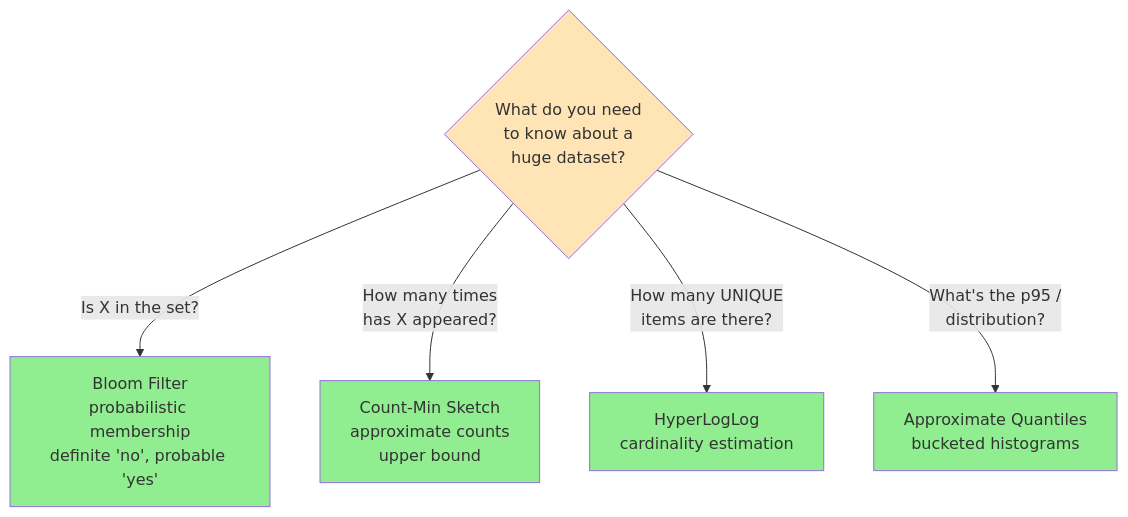
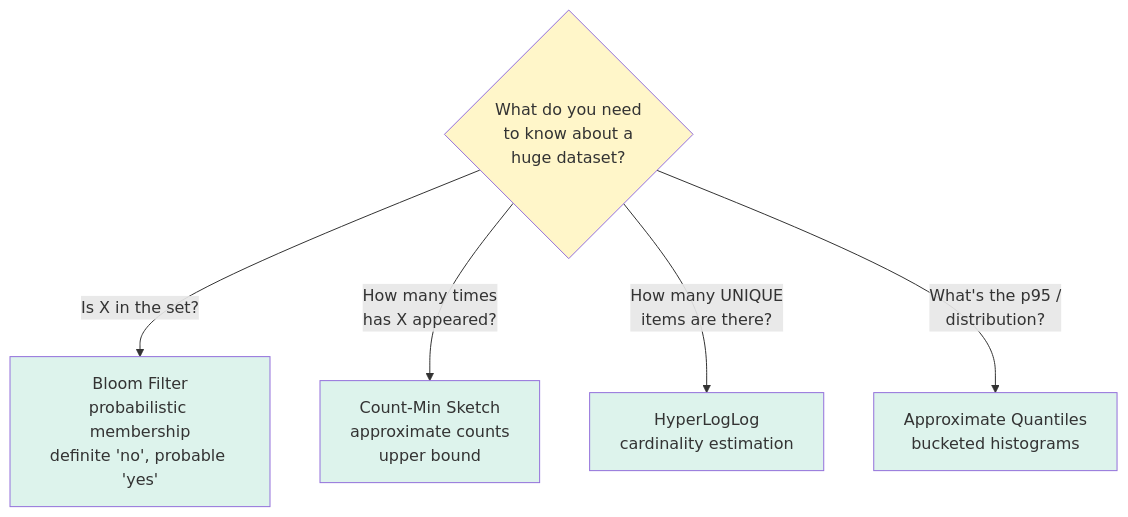
One commit to cartmancodes/InterviewVault changed the first of 2 diagrams in LLD/SystemDesign/DeepDives/DataStructuresForBigData.md. Above: the diagram before and after it, drawn with Mermaid. The commit also changed other lines of this file and 679 other files, not shown here.

Commit message:
Unify content diagrams and add accessible visual walkthroughs

````diff
--- a/LLD/SystemDesign/DeepDives/DataStructuresForBigData.md
+++ b/LLD/SystemDesign/DeepDives/DataStructuresForBigData.md
@@ -53,14 +53,14 @@
 ```mermaid
 graph TB
     Q{"What do you need<br/>to know about a<br/>huge dataset?"}
     Q -->|"Is X in the set?"| BF["Bloom Filter<br/>probabilistic membership<br/>definite 'no', probable 'yes'"]
     Q -->|"How many times<br/>has X appeared?"| CMS["Count-Min Sketch<br/>approximate counts<br/>upper bound"]
     Q -->|"How many UNIQUE<br/>items are there?"| HLL["HyperLogLog<br/>cardinality estimation"]
     Q -->|"What's the p95 /<br/>distribution?"| AQ["Approximate Quantiles<br/>bucketed histograms"]
 
-    style Q fill:#FFE4B5
-    style BF fill:#90EE90
-    style CMS fill:#90EE90
-    style HLL fill:#90EE90
-    style AQ fill:#90EE90
+    style Q fill:#FFF6C9
+    style BF fill:#DDF3EC
+    style CMS fill:#DDF3EC
+    style HLL fill:#DDF3EC
+    style AQ fill:#DDF3EC
 ```
````
